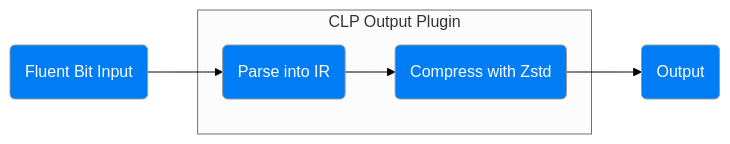
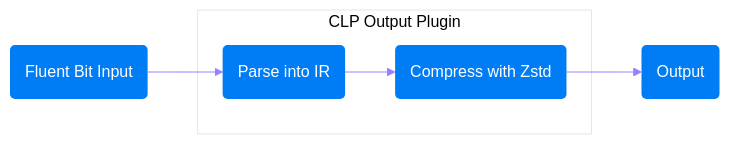
The diagram in README.md (y-scope/fluent-bit-clp), drawn with Mermaid before and after one commit.

Commit message:
change mermaid theme

````diff
--- a/README.md
+++ b/README.md
@@ -8,11 +8,22 @@
 ```mermaid
-%%{init: {'theme':'neutral','themeVariables': {'primaryBorderColor': 'black','lineColor': 'black'}}}%%
+%%{init: {
+  'theme': 'base',
+    'themeVariables': {
+      'primaryColor': '#0066cc',
+      'primaryTextColor': '#fff',
+      'primaryBorderColor': 'transparent',
+      'lineColor': '#9580ff',
+      'secondaryColor': '#9580ff',
+      'tertiaryColor': '#fff'
+      }
+    }
+}%%
 flowchart LR
     A(Fluent Bit Input) --> B
     subgraph CLP Output Plugin
     B(Parse into IR) --> C(Compress with Zstd)
     end
     C --> D(Output)
     classDef format fill:#007DF4,color:white
     class A,B,C,D format
 ```
````
